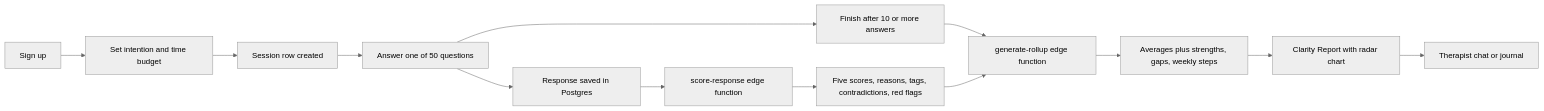
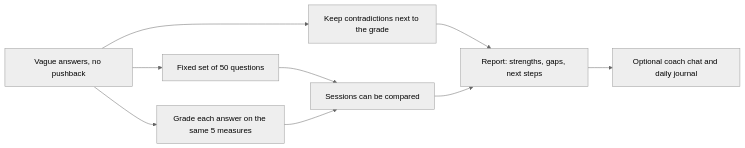
One commit to therohitji/self-introspection changed the first of 2 diagrams in README.md. Above: the diagram before and after it, drawn with Mermaid (neutral theme). The commit also changed other lines of this file, not shown here.

````diff
--- a/README.md
+++ b/README.md
@@ -51,15 +20,11 @@
 ```mermaid
 flowchart LR
-  A["Sign up"] --> B["Set intention and time budget"]
-  B --> C["Session row created"]
-  C --> D["Answer one of 50 questions"]
-  D --> E["Response saved in Postgres"]
-  E --> F["score-response edge function"]
-  F --> G["Five scores, reasons, tags, contradictions, red flags"]
-  D --> H["Finish after 10 or more answers"]
-  H --> I["generate-rollup edge function"]
-  G --> I
-  I --> J["Averages plus strengths, gaps, weekly steps"]
-  J --> K["Clarity Report with radar chart"]
-  K --> L["Therapist chat or journal"]
+  A["Vague answers, no pushback"] --> B["Fixed set of 50 questions"]
+  A --> C["Grade each answer on the same 5 measures"]
+  A --> D["Keep contradictions next to the grade"]
+  B --> E["Sessions can be compared"]
+  C --> E
+  D --> F["Report: strengths, gaps, next steps"]
+  E --> F
+  F --> G["Optional coach chat and daily journal"]
 ```
````
